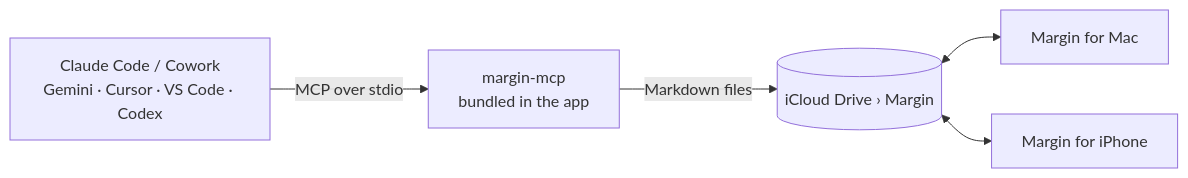
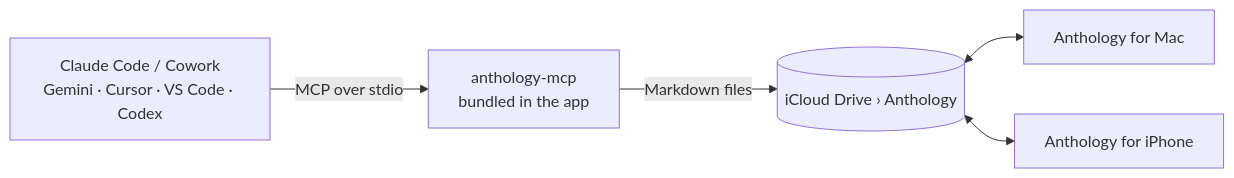
Before and after one commit to hazarustun-spec/anthology: the diagram in README.md, drawn with Mermaid. The commit also changed other lines of this file and 41 other files, not shown here.

First line of the commit message:
Rename the app to Anthology; trash topics; quieter edit caption

````diff
--- a/README.md
+++ b/README.md
@@ -48,7 +48,7 @@
 ```mermaid
 flowchart LR
-  A[Claude Code / Cowork<br/>Gemini · Cursor · VS Code · Codex] -- MCP over stdio --> B[margin-mcp<br/>bundled in the app]
-  B -- Markdown files --> C[(iCloud Drive › Margin)]
-  C <--> D[Margin for Mac]
-  C <--> E[Margin for iPhone]
+  A[Claude Code / Cowork<br/>Gemini · Cursor · VS Code · Codex] -- MCP over stdio --> B[anthology-mcp<br/>bundled in the app]
+  B -- Markdown files --> C[(iCloud Drive › Anthology)]
+  C <--> D[Anthology for Mac]
+  C <--> E[Anthology for iPhone]
 ```
````
